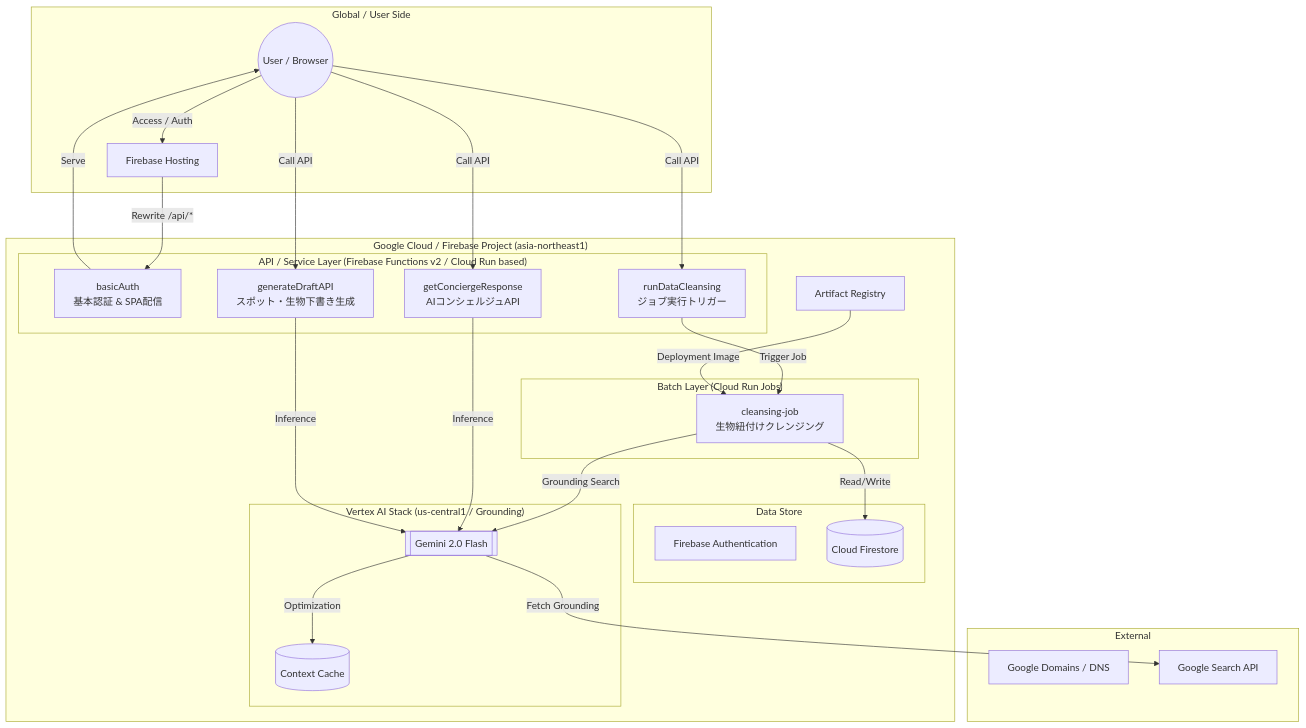
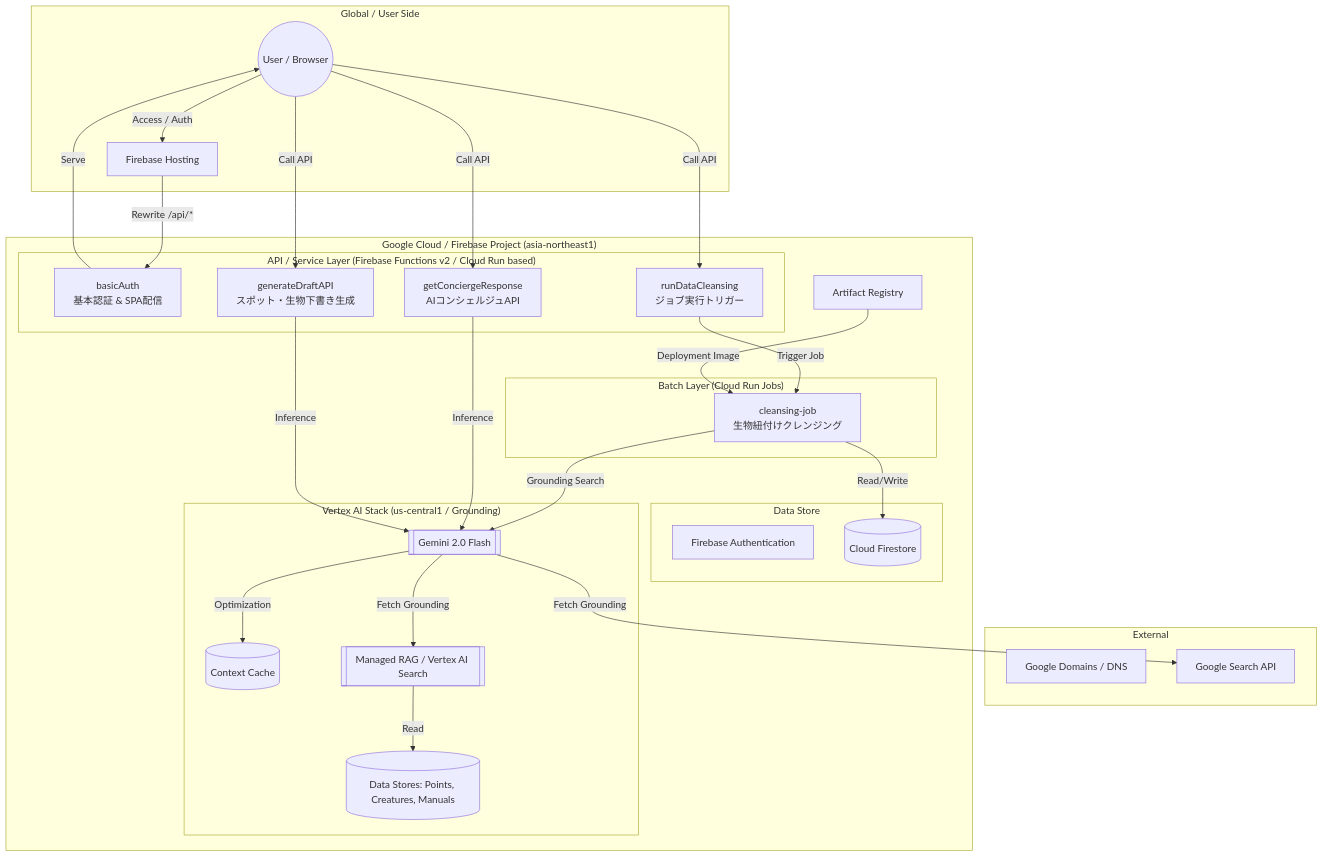
The diagram in INFRASTRUCTURE.md (cloud-solutions-ttakeuchi/diving-dex-app), drawn with Mermaid before and after one commit. The commit also changed other lines of this file and 7 other files, not shown here.

````diff
--- a/INFRASTRUCTURE.md
+++ b/INFRASTRUCTURE.md
@@ -11,54 +11,57 @@
 ```mermaid
 graph TD
     subgraph "External"
         DNS[Google Domains / DNS]
         GoogleSearch[Google Search API]
     end
 
     subgraph "Global / User Side"
         User((User / Browser))
         FBH[Firebase Hosting]
     end
 
     subgraph "Google Cloud / Firebase Project (asia-northeast1)"
         subgraph "API / Service Layer (Firebase Functions v2 / Cloud Run based)"
             AuthFunc[basicAuth<br/>基本認証 & SPA配信]
             AI_API[getConciergeResponse<br/>AIコンシェルジュAPI]
             DraftAPI[generateDraftAPI<br/>スポット・生物下書き生成]
             JobTrigger[runDataCleansing<br/>ジョブ実行トリガー]
         end
 
         subgraph "Batch Layer (Cloud Run Jobs)"
             CRJ[cleansing-job<br/>生物紐付けクレンジング]
         end
 
         subgraph "Data Store"
             Auth[Firebase Authentication]
             Firestore[(Cloud Firestore)]
         end
 
         subgraph "Vertex AI Stack (us-central1 / Grounding)"
             Gemini[[Gemini 2.0 Flash]]
             Cache[(Context Cache)]
+            ManagedRAG[[Managed RAG / Vertex AI Search]]
+            DataStores[(Data Stores: Points, Creatures, Manuals)]
         end
         
         Artifact[Artifact Registry]
     end
 
     %% Flows
     User -->|Access / Auth| FBH
     FBH -->|Rewrite /api/*| AuthFunc
     AuthFunc -->|Serve| User
     
     User -->|Call API| AI_API & DraftAPI & JobTrigger
     
     JobTrigger -->|Trigger Job| CRJ
     CRJ -->|Read/Write| Firestore
     CRJ -->|Grounding Search| Gemini
     
     AI_API & DraftAPI -->|Inference| Gemini
     Gemini -->|Optimization| Cache
-    Gemini -->|Fetch Grounding| GoogleSearch
+    Gemini -->|Fetch Grounding| ManagedRAG & GoogleSearch
+    ManagedRAG -->|Read| DataStores
     
     Artifact -->|Deployment Image| CRJ
 ```
````
